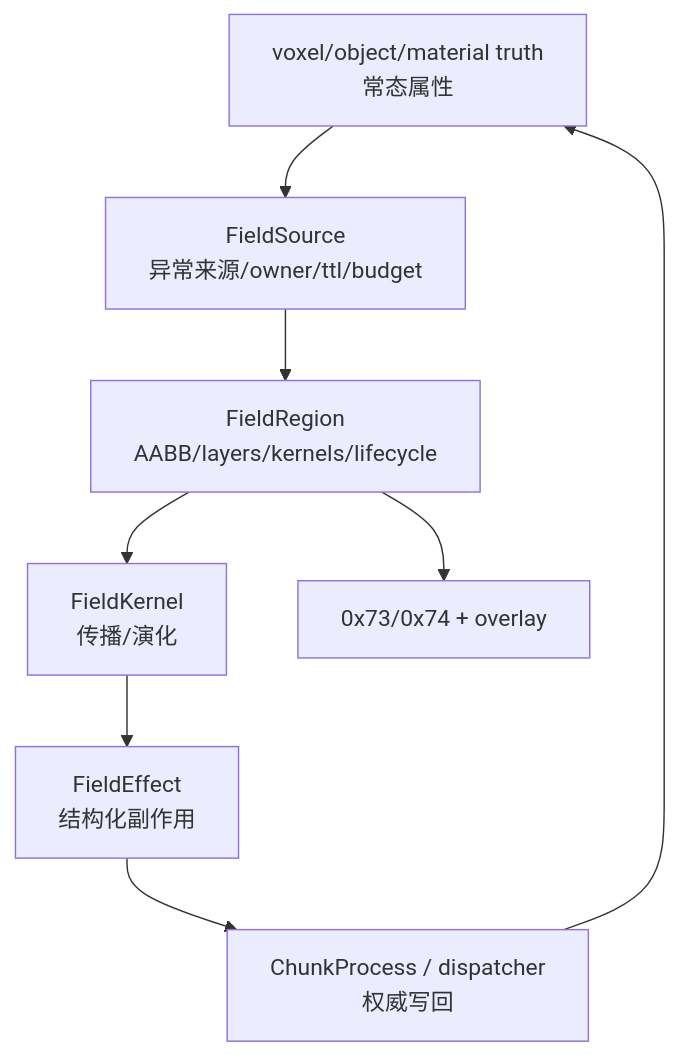
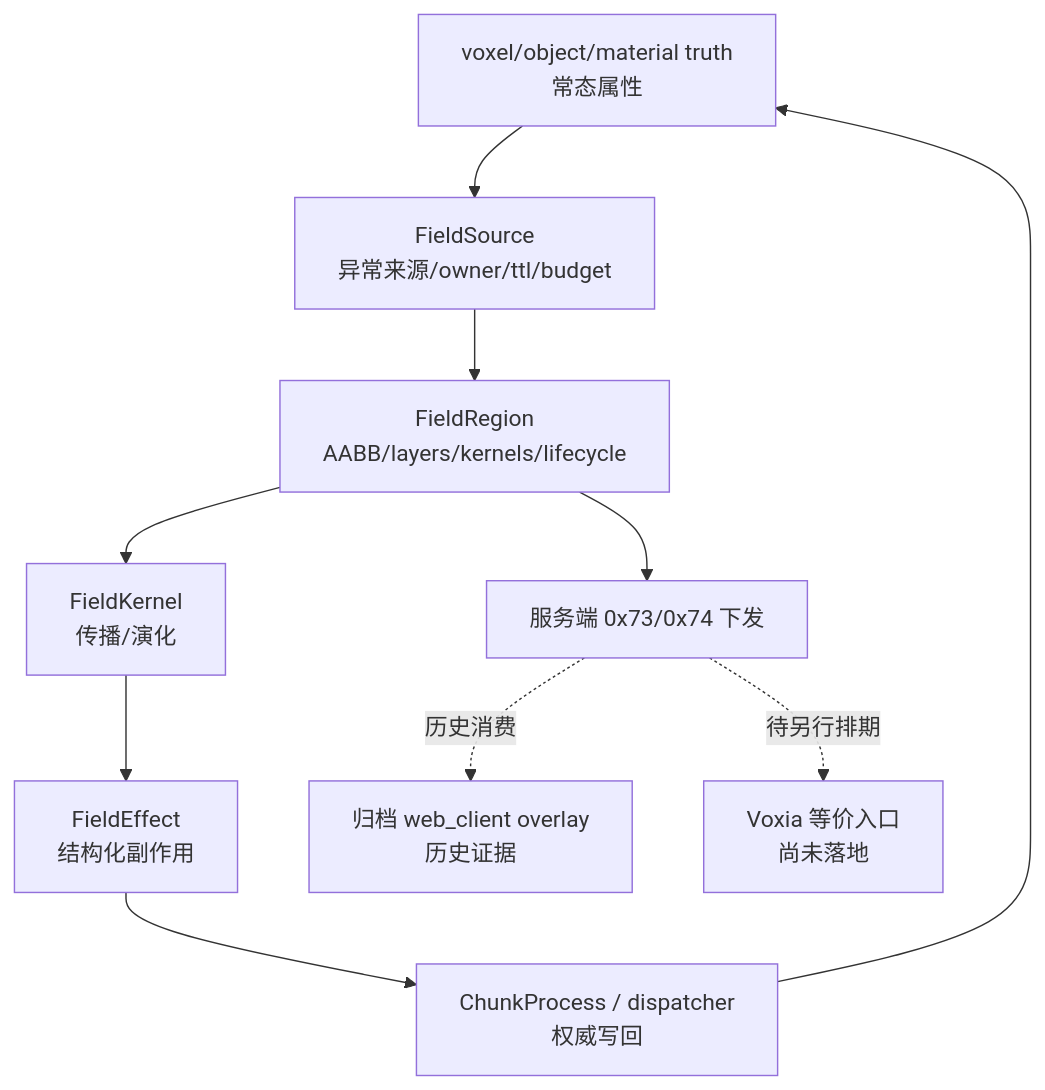
One commit to dyzdyz010/ex_mmo_cluster changed the diagram in docs/00-current-truth/design/field/runtime.md. Above: the diagram before and after it, drawn with Mermaid. The commit also changed other lines of this file and 129 other files, not shown here.

````diff
--- a/docs/00-current-truth/design/field/runtime.md
+++ b/docs/00-current-truth/design/field/runtime.md
@@ -12,13 +12,17 @@
 ```mermaid
 flowchart TD
   Truth["voxel/object/material truth<br/>常态属性"]
   Source["FieldSource<br/>异常来源/owner/ttl/budget"]
   Region["FieldRegion<br/>AABB/layers/kernels/lifecycle"]
   Kernel["FieldKernel<br/>传播/演化"]
   Effect["FieldEffect<br/>结构化副作用"]
   Dispatcher["ChunkProcess / dispatcher<br/>权威写回"]
-  Client["0x73/0x74 + overlay"]
+  Wire["服务端 0x73/0x74 下发"]
+  ArchivedWeb["归档 web_client overlay<br/>历史证据"]
+  Voxia["Voxia 等价入口<br/>尚未落地"]
 
   Truth --> Source --> Region --> Kernel --> Effect --> Dispatcher --> Truth
-  Region --> Client
+  Region --> Wire
+  Wire -. 历史消费 .-> ArchivedWeb
+  Wire -. 待另行排期 .-> Voxia
 ```
````
